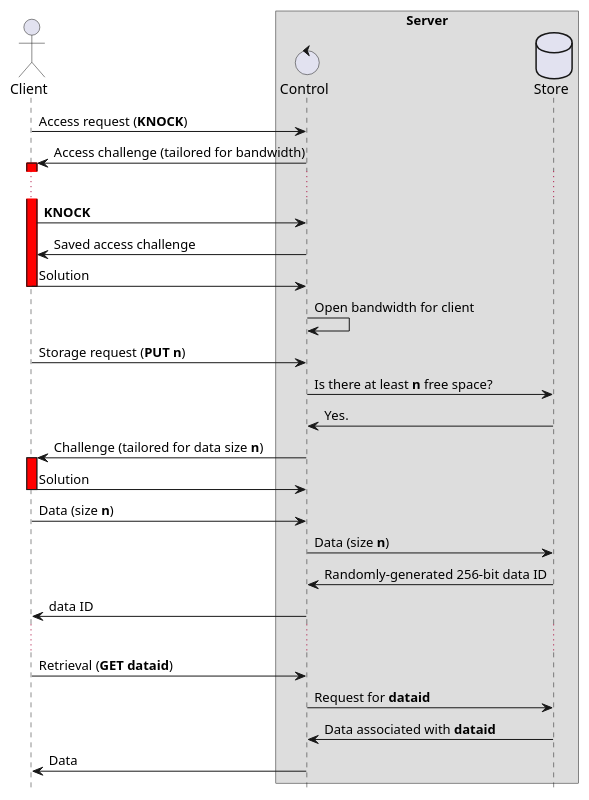
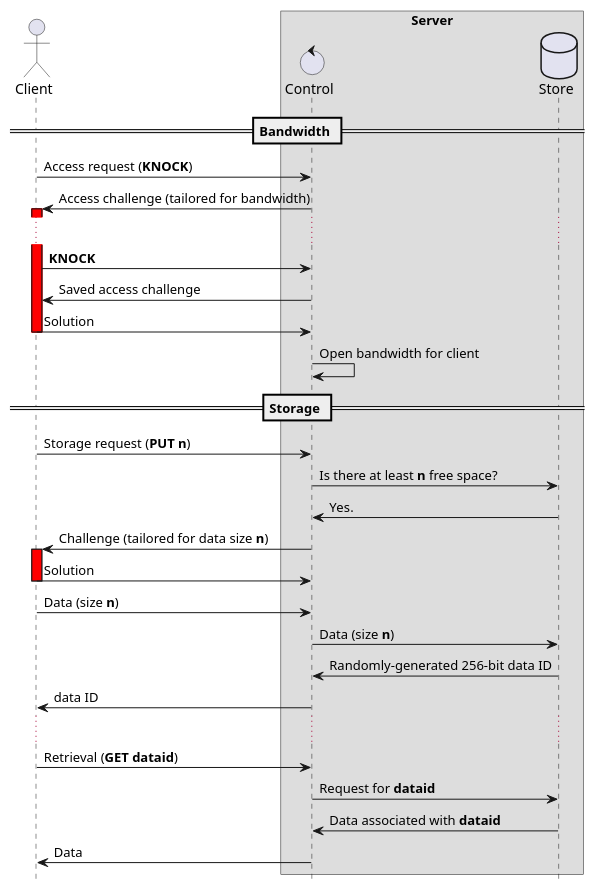
One commit to iasds/Datura-Network changed the diagram in Poc/6.2-space-allocation/README.md. Above: the diagram before and after it, drawn with PlantUML.

Commit message:
space-allocation(README): split diagram in sections

````diff
--- a/Poc/6.2-space-allocation/README.md
+++ b/Poc/6.2-space-allocation/README.md
@@ -4,43 +4,47 @@
 ```plantuml
 @startuml
 actor Client
 box "Server"
 control Control
 database Store
 end box
 
 hide footbox
+
+== Bandwidth ==
 
 Client -> Control : Access request (**KNOCK**)
 
 Client <- Control ++ #red : Access challenge (tailored for bandwidth)
 
 ...
 
 Client -> Control : **KNOCK**
 Client <- Control : Saved access challenge
 Client -> Control -- : Solution
 
 Control -> Control : Open bandwidth for client
+
+== Storage ==
 
 Client -> Control : Storage request (**PUT n**)
 
 Control -> Store : Is there at least **n** free space?
 Control <- Store : Yes.
 
 Client <- Control ++ #red : Challenge (tailored for data size **n**)
 Client -> Control -- : Solution
 
 Client -> Control : Data (size **n**)
 Control -> Store : Data (size **n**)
 Control <- Store : Randomly-generated 256-bit data ID
 Client <- Control : data ID
 
 ...
 
 Client -> Control : Retrieval (**GET dataid**)
 Control -> Store : Request for **dataid**
 Control <- Store : Data associated with **dataid**
 Client <- Control : Data
 @enduml
 ```
````
